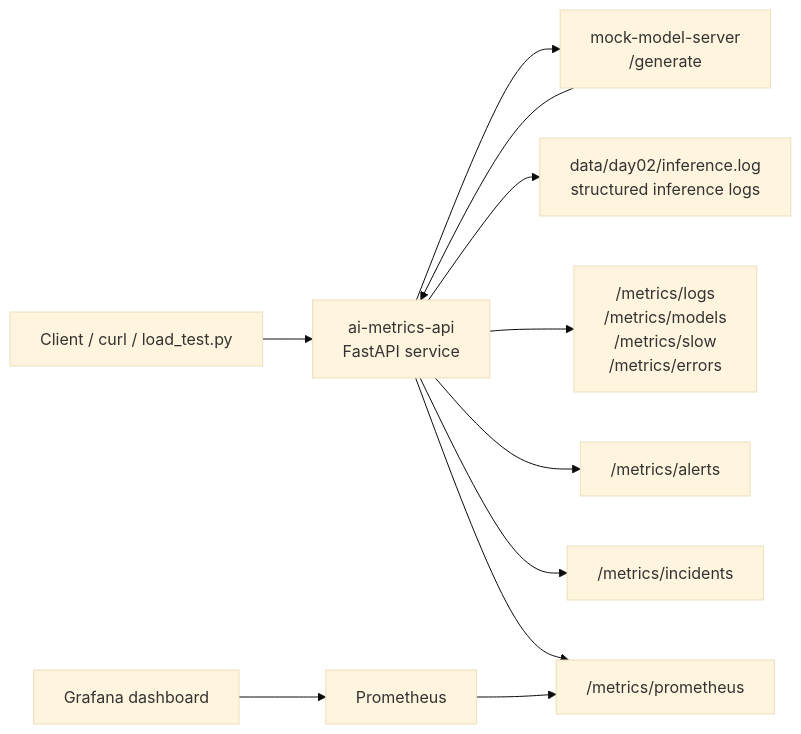
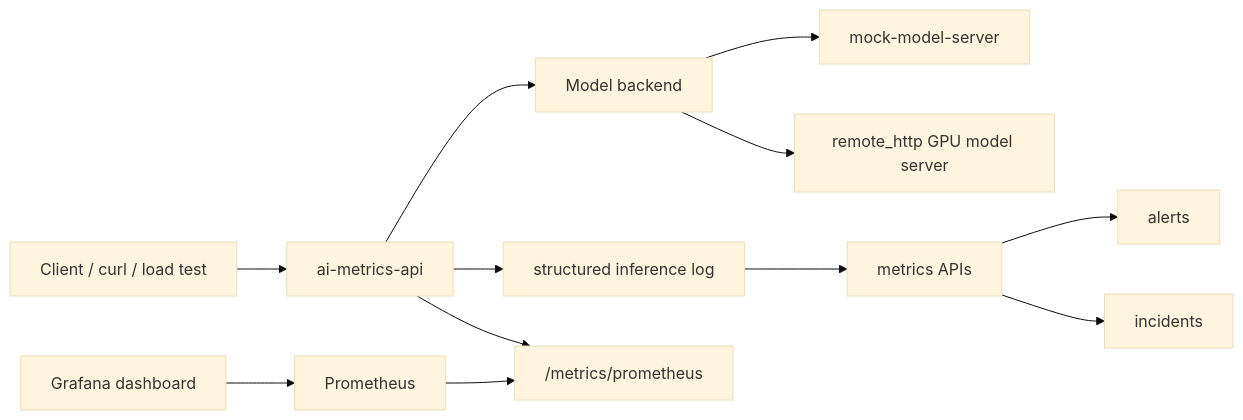
One commit to TEWBB66/ai-infra-learning changed the diagram in README.md. Above: the diagram before and after it, drawn with Mermaid (base theme). The commit also changed other lines of this file, not shown here.

````diff
--- a/README.md
+++ b/README.md
@@ -33,17 +38,18 @@
 ```mermaid
 flowchart LR
-    Client["Client / curl / load_test.py"] --> API["ai-metrics-api<br/>FastAPI service"]
+    Client["Client / curl / load test"] --> API["ai-metrics-api"]
 
-    API --> MockModel["mock-model-server<br/>/generate"]
-    MockModel --> API
+    API --> Backend["Model backend"]
+    Backend --> Mock["mock-model-server"]
+    Backend --> GPU["remote_http GPU model server"]
 
-    API --> LogFile["data/day02/inference.log<br/>structured inference logs"]
+    API --> Logs["structured inference log"]
+    Logs --> Metrics["metrics APIs"]
+    API --> Prom["/metrics/prometheus"]
 
-    API --> Metrics["/metrics/logs<br/>/metrics/models<br/>/metrics/slow<br/>/metrics/errors"]
-    API --> Alerts["/metrics/alerts"]
-    API --> Incidents["/metrics/incidents"]
+    Prometheus["Prometheus"] --> Prom
+    Grafana["Grafana dashboard"] --> Prometheus
 
-    API --> PromEndpoint["/metrics/prometheus"]
-    Prometheus["Prometheus"] --> PromEndpoint
-    Grafana["Grafana dashboard"] --> Prometheus
+    Metrics --> Alerts["alerts"]
+    Metrics --> Incidents["incidents"]
 ```
````
